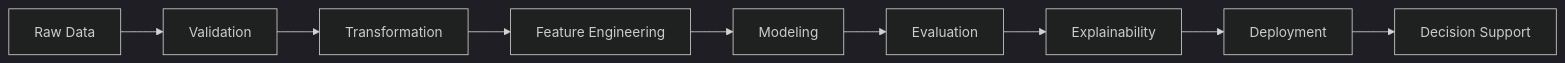
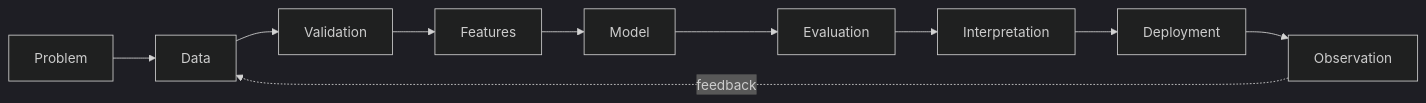
Before and after one commit to Nikita3005/Nikita3005: the diagram in README.md, drawn with Mermaid (dark theme). The commit also changed other lines of this file, not shown here.

````diff
--- a/README.md
+++ b/README.md
@@ -184,11 +222,13 @@
 ```mermaid
 flowchart LR
-    A[Raw Data] --> B[Validation]
-    B --> C[Transformation]
-    C --> D[Feature Engineering]
-    D --> E[Modeling]
-    E --> F[Evaluation]
-    F --> G[Explainability]
-    G --> H[Deployment]
-    H --> I[Decision Support]
+    A["Problem"] --> B["Data"]
+    B --> C["Validation"]
+    C --> D["Features"]
+    D --> E["Model"]
+    E --> F["Evaluation"]
+    F --> G["Interpretation"]
+    G --> H["Deployment"]
+    H --> I["Observation"]
+
+    I -. feedback .-> B
 ```
````
